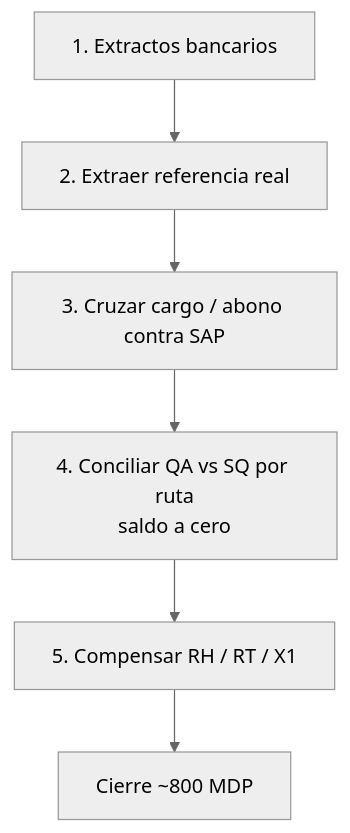
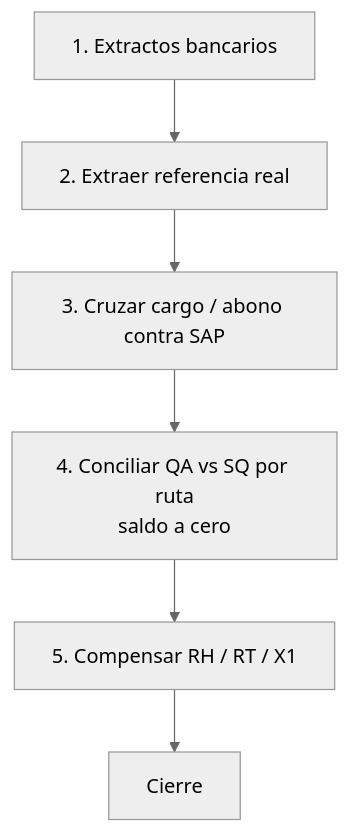
The diagram in README.md (Joseluiscruz-hub/Joseluiscruz-hub), drawn with Mermaid (neutral theme) before and after one commit. The commit also changed other lines of this file, not shown here.

Commit message:
docs: limpiar README del perfil (quitar cifra de 800 MDP, depurar tabla de proyectos, mover MSRC al final)

````diff
--- a/README.md
+++ b/README.md
@@ -105,8 +95,8 @@
 ```mermaid
 flowchart TD
   A[1. Extractos bancarios] --> B[2. Extraer referencia real]
   B --> C[3. Cruzar cargo / abono contra SAP]
   C --> D[4. Conciliar QA vs SQ por ruta<br/>saldo a cero]
   D --> E[5. Compensar RH / RT / X1]
-  E --> F[Cierre ~800 MDP]
+  E --> F[Cierre]
 ```
````
